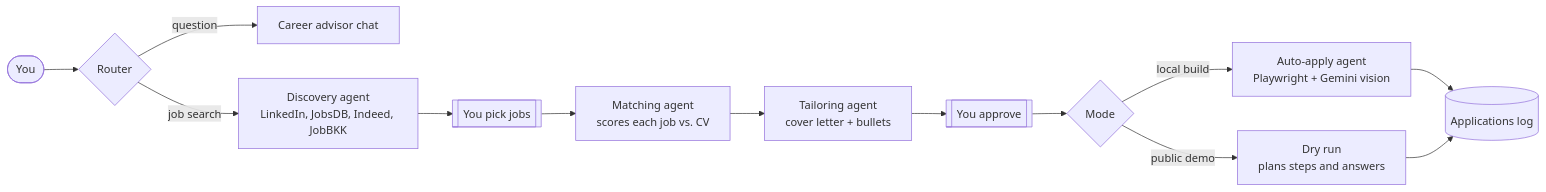
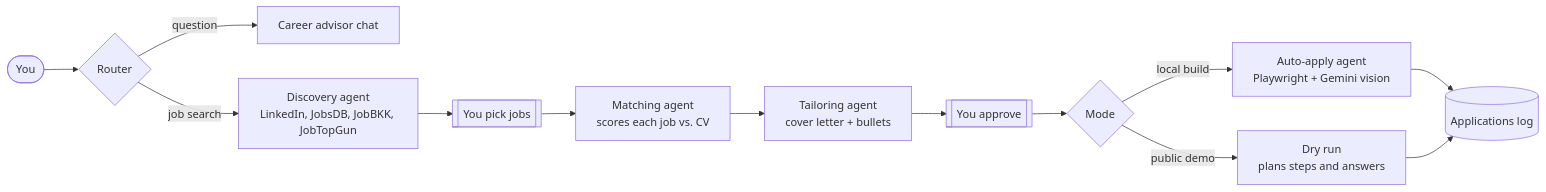
One commit to Sauciiees/AgenticAI-JobFinder changed the first of 2 diagrams in README.md. Above: the diagram before and after it, drawn with Mermaid. The commit also changed other lines of this file and 19 other files, not shown here.

First line of the commit message:
Replace Indeed with JobTopGun: four boards scraped directly, no search API

````diff
--- a/README.md
+++ b/README.md
@@ -23,15 +23,15 @@
 ```mermaid
 flowchart LR
     U([You]) --> R{Router}
     R -- question --> C[Career advisor chat]
-    R -- job search --> S[Discovery agent<br/>LinkedIn, JobsDB, Indeed, JobBKK]
+    R -- job search --> S[Discovery agent<br/>LinkedIn, JobsDB, JobBKK, JobTopGun]
     S --> P[[You pick jobs]]
     P --> M[Matching agent<br/>scores each job vs. CV]
     M --> T[Tailoring agent<br/>cover letter + bullets]
     T --> A[[You approve]]
     A --> X{Mode}
     X -- local build --> B[Auto-apply agent<br/>Playwright + Gemini vision]
     X -- public demo --> D[Dry run<br/>plans steps and answers]
     B --> L[(Applications log)]
     D --> L
 ```
````
